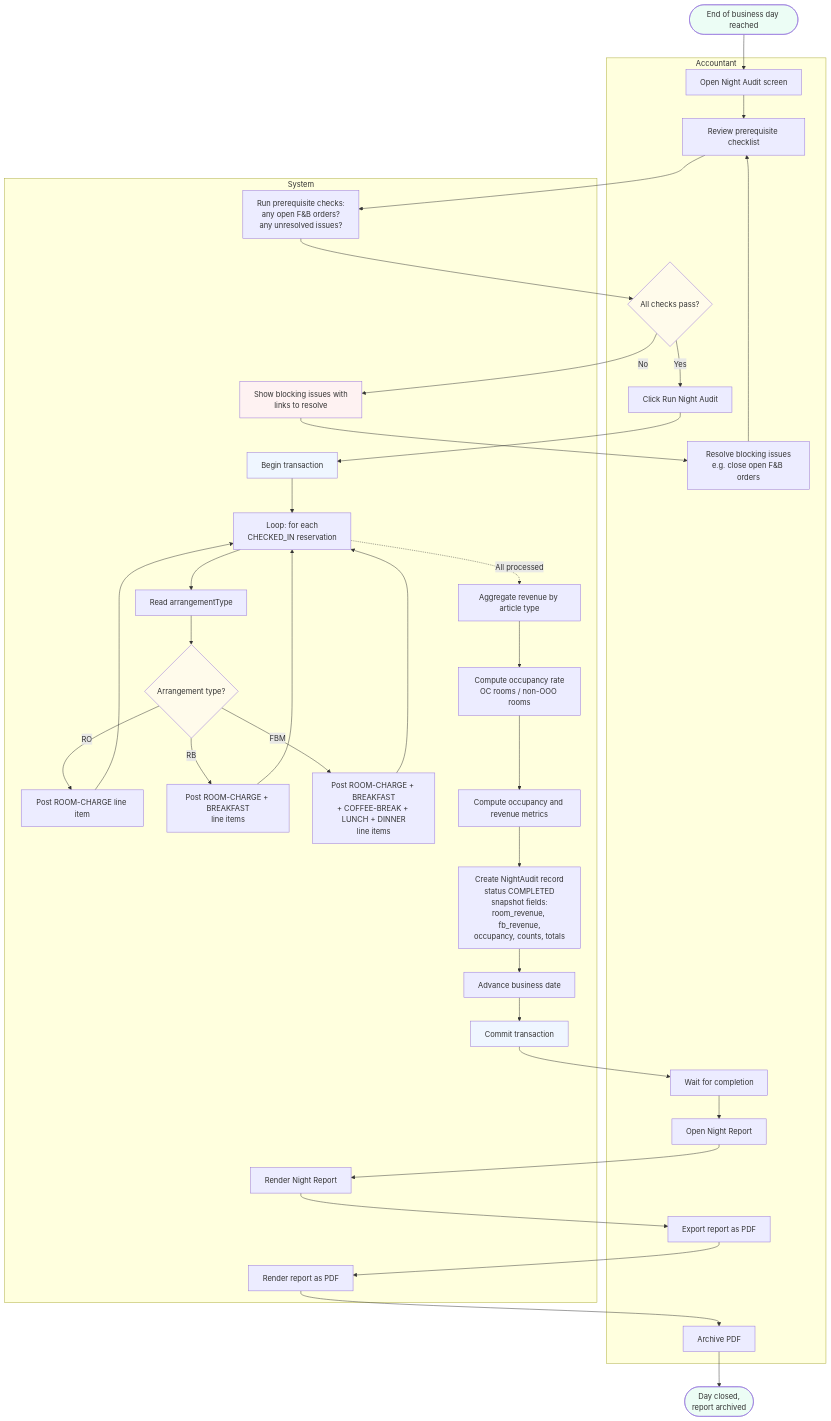
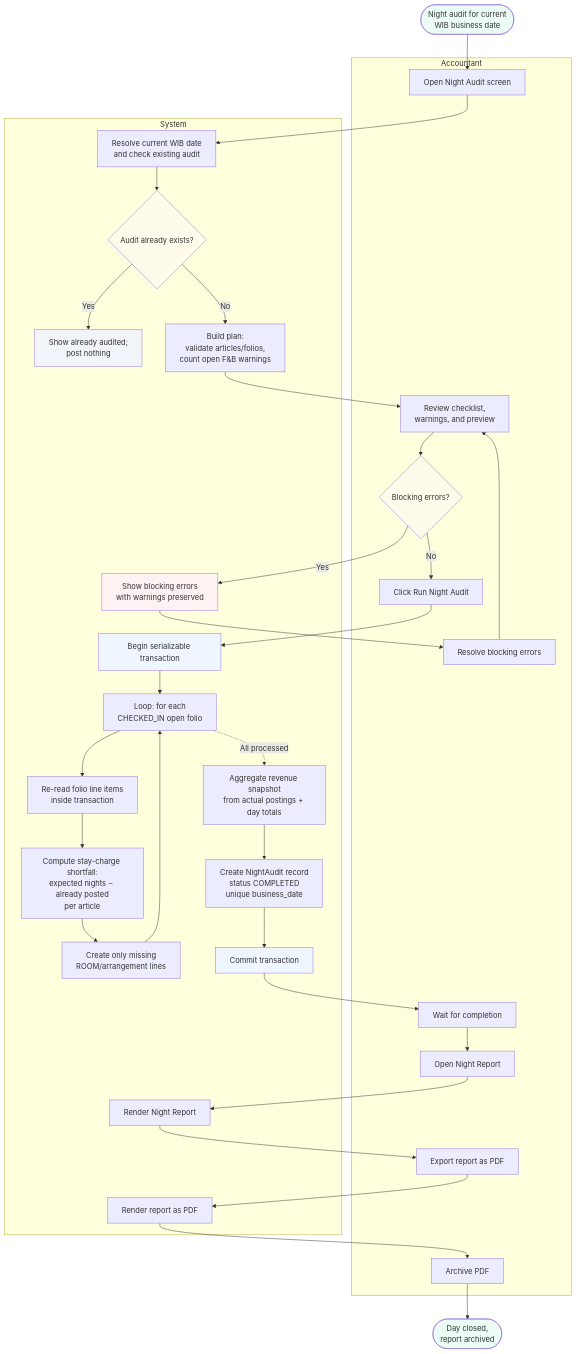
The eighth of 8 diagrams in docs/activity_diagram_mvp.md (nurmareko/zadd-hotel-pms), drawn with Mermaid before and after one commit. The commit also changed other lines of this file and 3 other files, not shown here.

Commit message:
docs: align night-audit and checkout sections with shipped behavior

````diff
--- a/docs/activity_diagram_mvp.md
+++ b/docs/activity_diagram_mvp.md
@@ -599,54 +606,52 @@
 ```mermaid
 flowchart TD
-    Start([End of business day reached])
+    Start([Night audit for current<br/>WIB business date])
 
     subgraph A[Accountant]
         A1[Open Night Audit screen]
-        A2[Review prerequisite checklist]
-        A3{All checks pass?}
-        A4[Resolve blocking issues<br/>e.g. close open F&B orders]
+        A2[Review checklist,<br/>warnings, and preview]
+        A3{Blocking errors?}
+        A4[Resolve blocking errors]
         A5[Click Run Night Audit]
         A6[Wait for completion]
         A7[Open Night Report]
         A8[Export report as PDF]
         A9[Archive PDF]
     end
 
     subgraph S[System]
-        S1[Run prerequisite checks:<br/>any open F&B orders?<br/>any unresolved issues?]
-        S2[Show blocking issues with<br/>links to resolve]
-        S3[Begin transaction]
-        S4[Loop: for each<br/>CHECKED_IN reservation]
-        S5[Read arrangementType]
-        S6{Arrangement type?}
-        S7[Post ROOM-CHARGE line item]
-        S8[Post ROOM-CHARGE + BREAKFAST<br/>line items]
-        S9[Post ROOM-CHARGE + BREAKFAST<br/>+ COFFEE-BREAK + LUNCH + DINNER<br/>line items]
-        S10[Aggregate revenue by article type]
-        S11[Compute occupancy rate<br/>OC rooms / non-OOO rooms]
-        S12[Compute occupancy and revenue metrics]
-        S13[Create NightAudit record<br/>status COMPLETED<br/>snapshot fields:<br/>room_revenue, fb_revenue,<br/>occupancy, counts, totals]
-        S14[Advance business date]
-        S15[Commit transaction]
-        S16[Render Night Report]
-        S17[Render report as PDF]
+        S1[Resolve current WIB date<br/>and check existing audit]
+        S2{Audit already exists?}
+        S3[Show already audited;<br/>post nothing]
+        S4[Build plan:<br/>validate articles/folios,<br/>count open F&B warnings]
+        S5[Show blocking errors<br/>with warnings preserved]
+        S6[Begin serializable transaction]
+        S7[Loop: for each<br/>CHECKED_IN open folio]
+        S8[Re-read folio line items<br/>inside transaction]
+        S9[Compute stay-charge shortfall:<br/>expected nights − already posted<br/>per article]
+        S10[Create only missing<br/>ROOM/arrangement lines]
+        S11[Aggregate revenue snapshot<br/>from actual postings + day totals]
+        S12[Create NightAudit record<br/>status COMPLETED<br/>unique business_date]
+        S13[Commit transaction]
+        S14[Render Night Report]
+        S15[Render report as PDF]
     end
 
     End([Day closed,<br/>report archived])
 
-    Start --> A1 --> A2 --> S1 --> A3
-    A3 -->|No| S2 --> A4 --> A2
-    A3 -->|Yes| A5 --> S3 --> S4 --> S5 --> S6
-    S6 -->|RO| S7 --> S4
-    S6 -->|RB| S8 --> S4
-    S6 -->|FBM| S9 --> S4
-    S4 -.->|All processed| S10 --> S11 --> S12 --> S13 --> S14 --> S15 --> A6 --> A7 --> S16 --> A8 --> S17 --> A9 --> End
+    Start --> A1 --> S1 --> S2
+    S2 -->|Yes| S3
+    S2 -->|No| S4 --> A2 --> A3
+    A3 -->|Yes| S5 --> A4 --> A2
+    A3 -->|No| A5 --> S6 --> S7 --> S8 --> S9 --> S10 --> S7
+    S7 -.->|All processed| S11 --> S12 --> S13 --> A6 --> A7 --> S14 --> A8 --> S15 --> A9 --> End
 
     style Start fill:#ecfdf5
     style End fill:#ecfdf5
     style A3 fill:#fffbeb
-    style S6 fill:#fffbeb
-    style S3 fill:#eff6ff
-    style S15 fill:#eff6ff
-    style S2 fill:#fef2f2
+    style S2 fill:#fffbeb
+    style S6 fill:#eff6ff
+    style S13 fill:#eff6ff
+    style S3 fill:#f1f5f9
+    style S5 fill:#fef2f2
 ```
````
